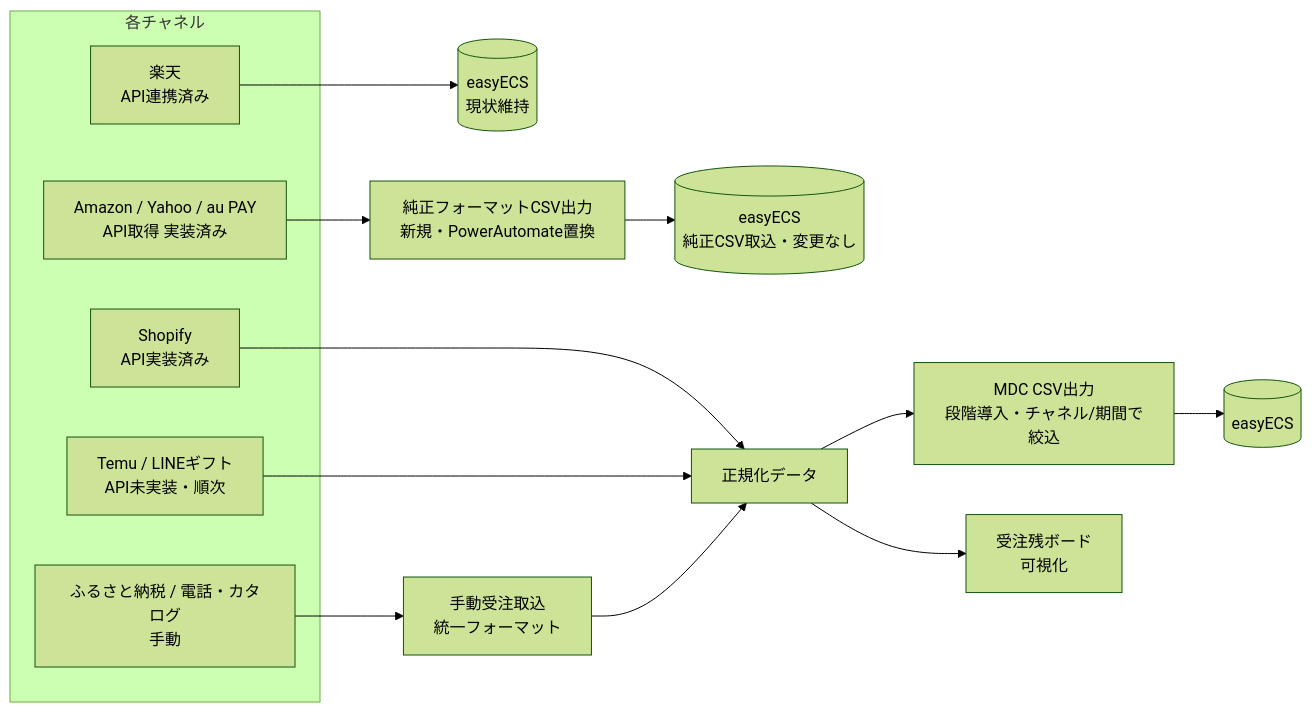
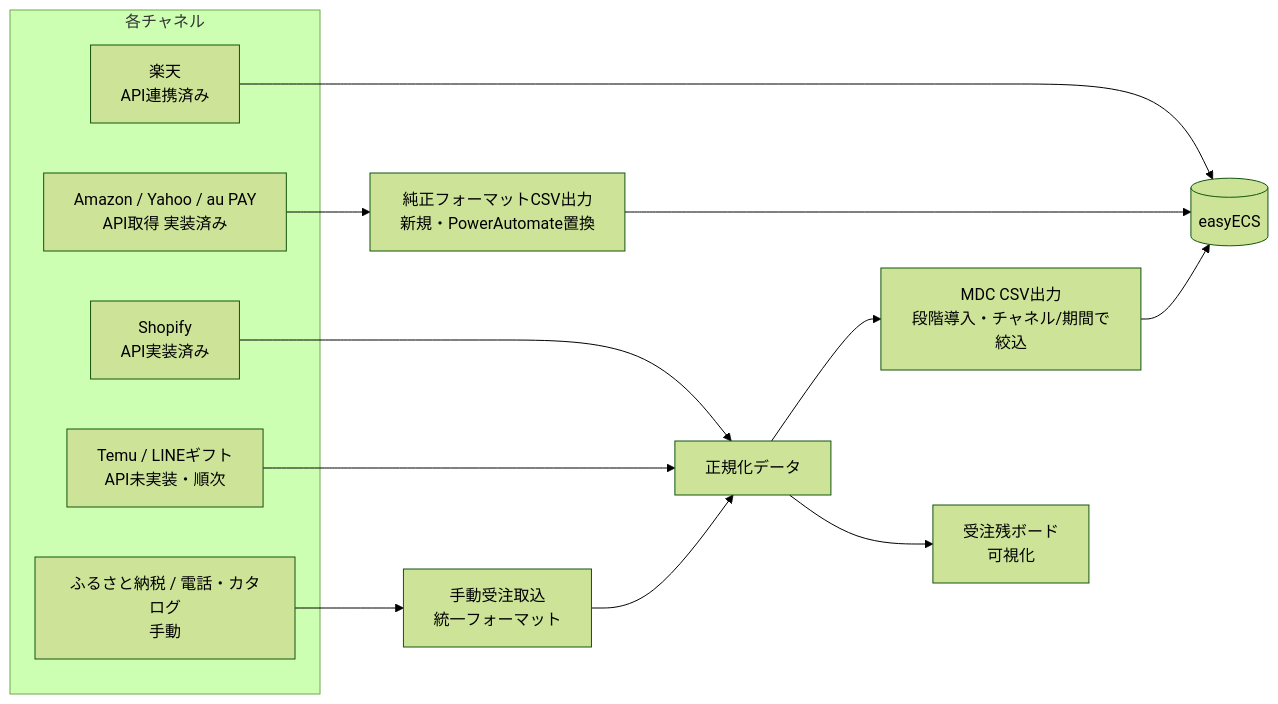
One commit to CHOISC1208/obisidian changed the second of 2 diagrams in 緑茶園グループ/打ち合わせ/2026-09-16/テーマ1 - 受注チャネル統合の方向性協議.md. Above: the diagram before and after it, drawn with Mermaid (forest theme). The commit also changed other lines of this file and 1 other file, not shown here.

Commit message:
vault backup: 2026-09-15 23:23:31

````diff
--- a/緑茶園グループ/打ち合わせ/2026-09-16/テーマ1 - 受注チャネル統合の方向性協議.md
+++ b/緑茶園グループ/打ち合わせ/2026-09-16/テーマ1 - 受注チャネル統合の方向性協議.md
@@ -71,24 +71,24 @@
 ```mermaid
 flowchart LR
     subgraph CH["各チャネル"]
         RAK2["楽天<br/>API連携済み"]
         AYA2["Amazon / Yahoo / au PAY<br/>API取得 実装済み"]
         SHP2["Shopify<br/>API実装済み"]
         TML2["Temu / LINEギフト<br/>API未実装・順次"]
         FTK2["ふるさと納税 / 電話・カタログ<br/>手動"]
     end
 
-    RAK2 --> ECS4[("easyECS<br/>現状維持")]
+    RAK2 --> ECS[("easyECS")]
 
     AYA2 --> NCSV["純正フォーマットCSV出力<br/>新規・PowerAutomate置換"]
-    NCSV --> ECS5[("easyECS<br/>純正CSV取込・変更なし")]
+    NCSV --> ECS
 
     SHP2 --> NORM["正規化データ"]
     TML2 --> NORM
     FTK2 --> MAN["手動受注取込<br/>統一フォーマット"]
     MAN --> NORM
 
     NORM --> MDC["MDC CSV出力<br/>段階導入・チャネル/期間で絞込"]
-    MDC --> ECS6[("easyECS")]
+    MDC --> ECS
     NORM --> BLG["受注残ボード<br/>可視化"]
 ```
````
